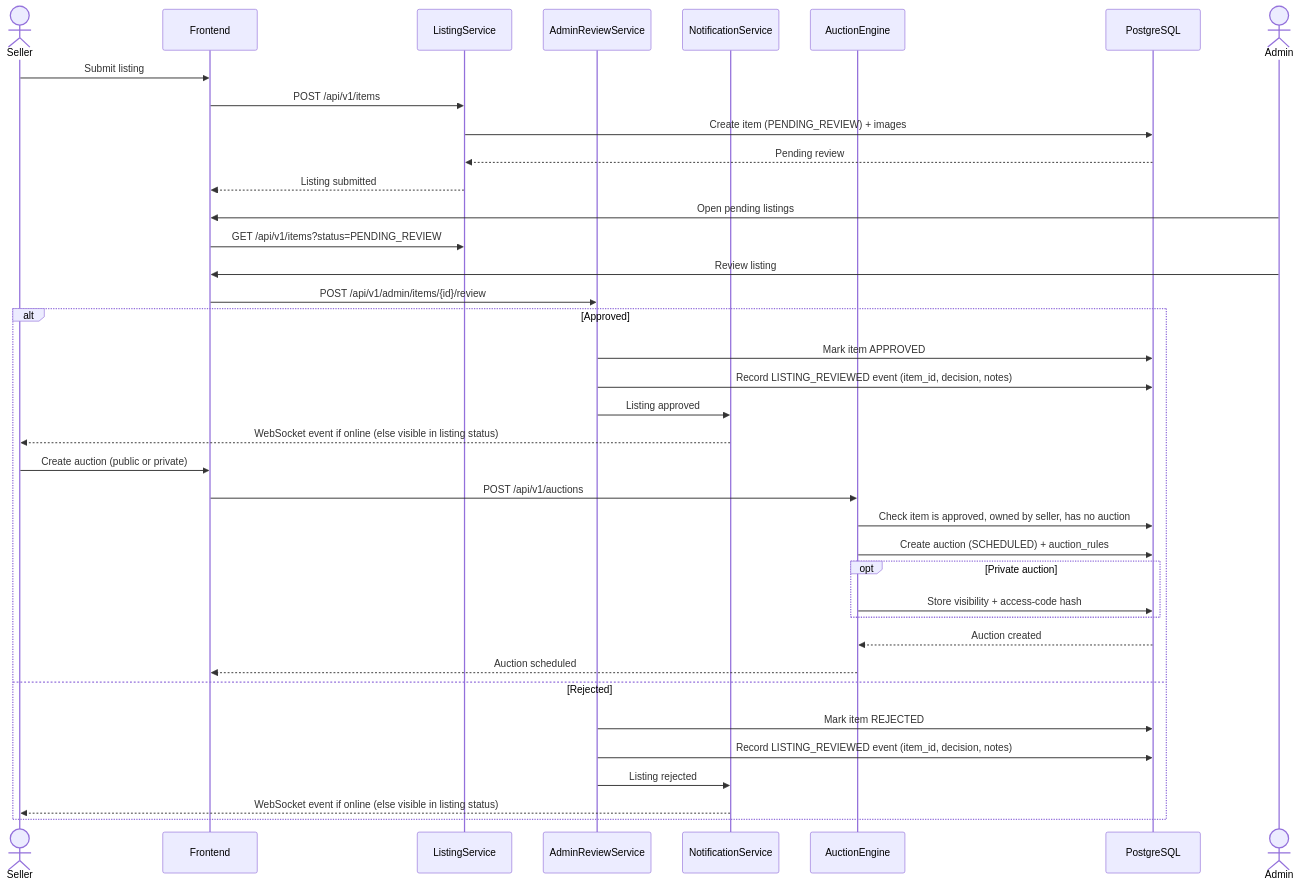
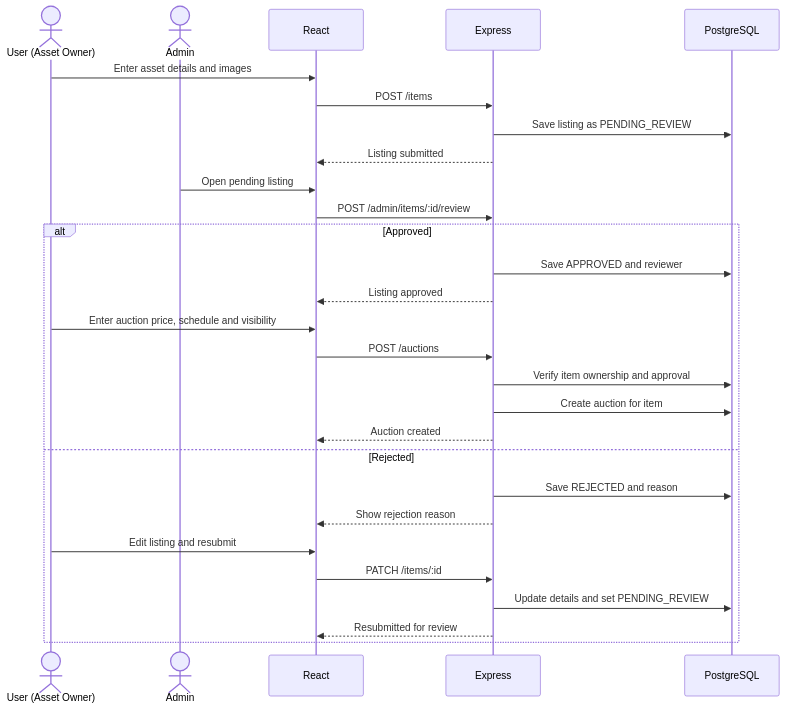
Before and after one commit to ghadi0alzhrani0/Mezyad: the fifth of 8 diagrams in Stage_3/Report.MD, drawn with Mermaid. The commit also changed other lines of this file, not shown here.

````diff
--- a/Stage_3/Report.MD
+++ b/Stage_3/Report.MD
@@ -627,40 +352,30 @@
 ```mermaid
 sequenceDiagram
-    actor Seller
-    participant UI as Frontend
-    participant Listing as ListingService
-    participant Review as AdminReviewService
-    participant Notify as NotificationService
-    participant Engine as AuctionEngine
-    participant DB as PostgreSQL
-    actor Admin
-    Seller->>UI: Submit listing
-    UI->>Listing: POST /api/v1/items
-    Listing->>DB: Create item (PENDING_REVIEW) + images
-    DB-->>Listing: Pending review
-    Listing-->>UI: Listing submitted
-    Admin->>UI: Open pending listings
-    UI->>Listing: GET /api/v1/items?status=PENDING_REVIEW
-    Admin->>UI: Review listing
-    UI->>Review: POST /api/v1/admin/items/{id}/review
-    alt Approved
-        Review->>DB: Mark item APPROVED
-        Review->>DB: Record LISTING_REVIEWED event (item_id, decision, notes)
-        Review->>Notify: Listing approved
-        Notify-->>Seller: WebSocket event if online (else visible in listing status)
-        Seller->>UI: Create auction (public or private)
-        UI->>Engine: POST /api/v1/auctions
-        Engine->>DB: Check item is approved, owned by seller, has no auction
-        Engine->>DB: Create auction (SCHEDULED) + auction_rules
-        opt Private auction
-            Engine->>DB: Store visibility + access-code hash
-        end
-        DB-->>Engine: Auction created
-        Engine-->>UI: Auction scheduled
-    else Rejected
-        Review->>DB: Mark item REJECTED
-        Review->>DB: Record LISTING_REVIEWED event (item_id, decision, notes)
-        Review->>Notify: Listing rejected
-        Notify-->>Seller: WebSocket event if online (else visible in listing status)
-    end
+  actor Owner as User (Asset Owner)
+  actor Admin
+  participant UI as React
+  participant API as Express
+  participant DB as PostgreSQL
+  Owner->>UI: Enter asset details and images
+  UI->>API: POST /items
+  API->>DB: Save listing as PENDING_REVIEW
+  API-->>UI: Listing submitted
+  Admin->>UI: Open pending listing
+  UI->>API: POST /admin/items/:id/review
+  alt Approved
+    API->>DB: Save APPROVED and reviewer
+    API-->>UI: Listing approved
+    Owner->>UI: Enter auction price, schedule and visibility
+    UI->>API: POST /auctions
+    API->>DB: Verify item ownership and approval
+    API->>DB: Create auction for item
+    API-->>UI: Auction created
+  else Rejected
+    API->>DB: Save REJECTED and reason
+    API-->>UI: Show rejection reason
+    Owner->>UI: Edit listing and resubmit
+    UI->>API: PATCH /items/:id
+    API->>DB: Update details and set PENDING_REVIEW
+    API-->>UI: Resubmitted for review
+  end
 ```
````
